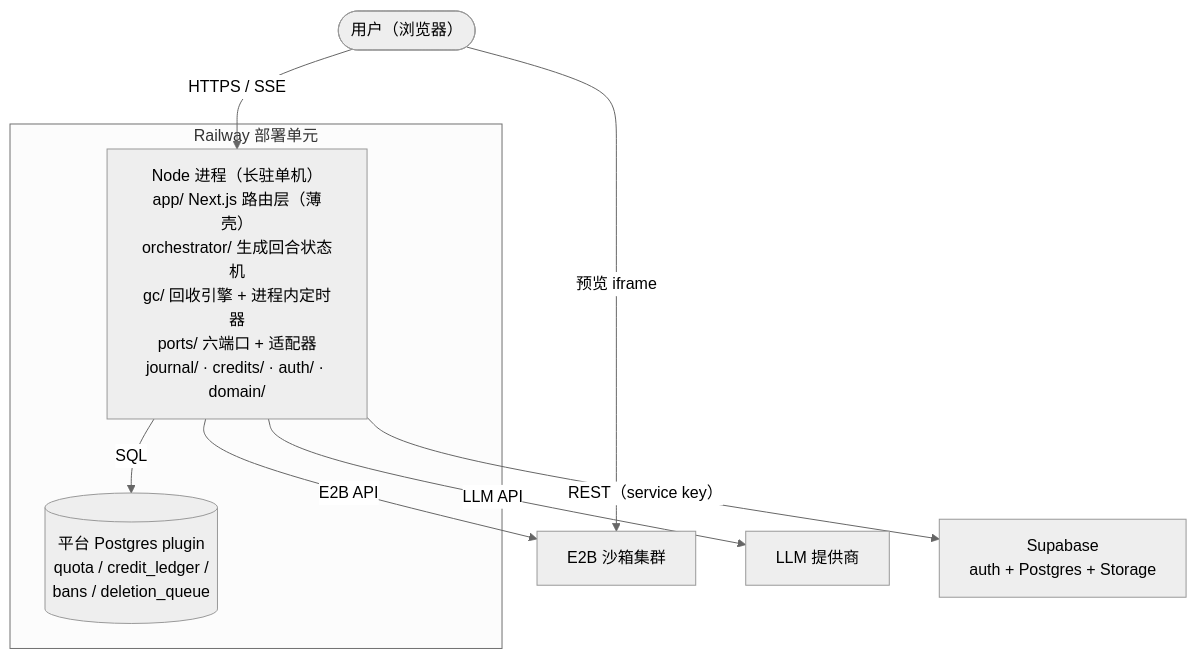
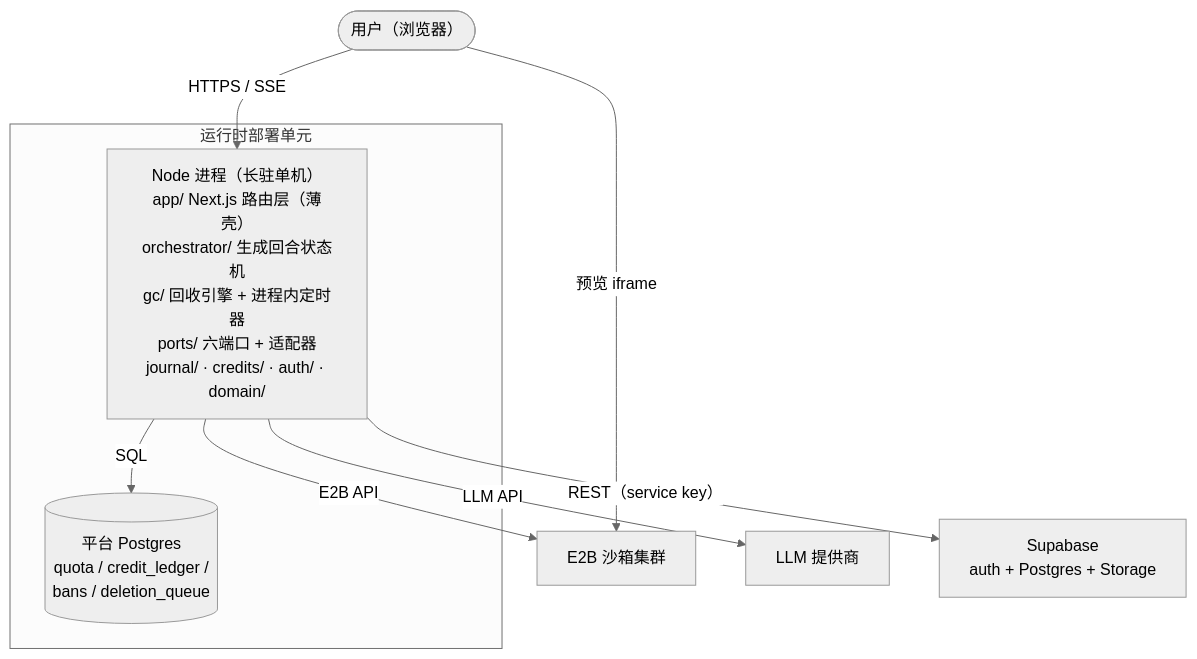
One commit to ttxs69/atoms-demo changed the second of 3 diagrams in docs/05-architecture.md. Above: the diagram before and after it, drawn with Mermaid (neutral theme). The commit also changed other lines of this file and 13 other files, not shown here.

````diff
--- a/docs/05-architecture.md
+++ b/docs/05-architecture.md
@@ -56,20 +56,20 @@
 ```mermaid
 flowchart TB
     U(["用户（浏览器）"])
 
-    subgraph RAILWAY["Railway 部署单元"]
+    subgraph RUNTIME["运行时部署单元"]
         NODE["Node 进程（长驻单机）<br/>app/ Next.js 路由层（薄壳）<br/>orchestrator/ 生成回合状态机<br/>gc/ 回收引擎 + 进程内定时器<br/>ports/ 六端口 + 适配器<br/>journal/ · credits/ · auth/ · domain/"]
-        PG[("平台 Postgres plugin<br/>quota / credit_ledger /<br/>bans / deletion_queue")]
+        PG[("平台 Postgres<br/>quota / credit_ledger /<br/>bans / deletion_queue")]
     end
 
     E2B["E2B 沙箱集群"]
     LLM["LLM 提供商"]
     SB["Supabase<br/>auth + Postgres + Storage"]
 
     U -- "HTTPS / SSE" --> NODE
     U -- "预览 iframe" --> E2B
     NODE -- "E2B API" --> E2B
     NODE -- "LLM API" --> LLM
     NODE -- "REST（service key）" --> SB
     NODE -- "SQL" --> PG
 ```
````
